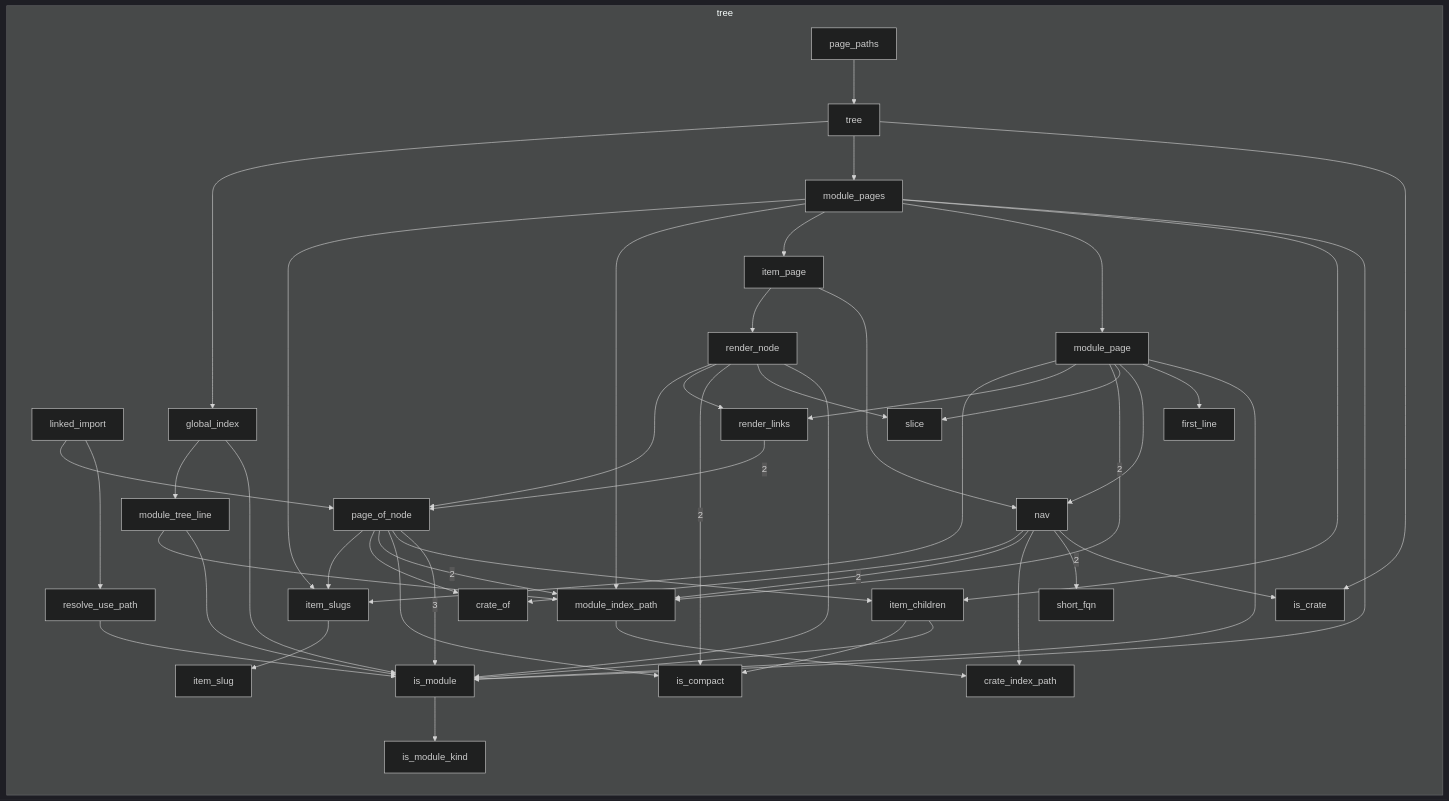
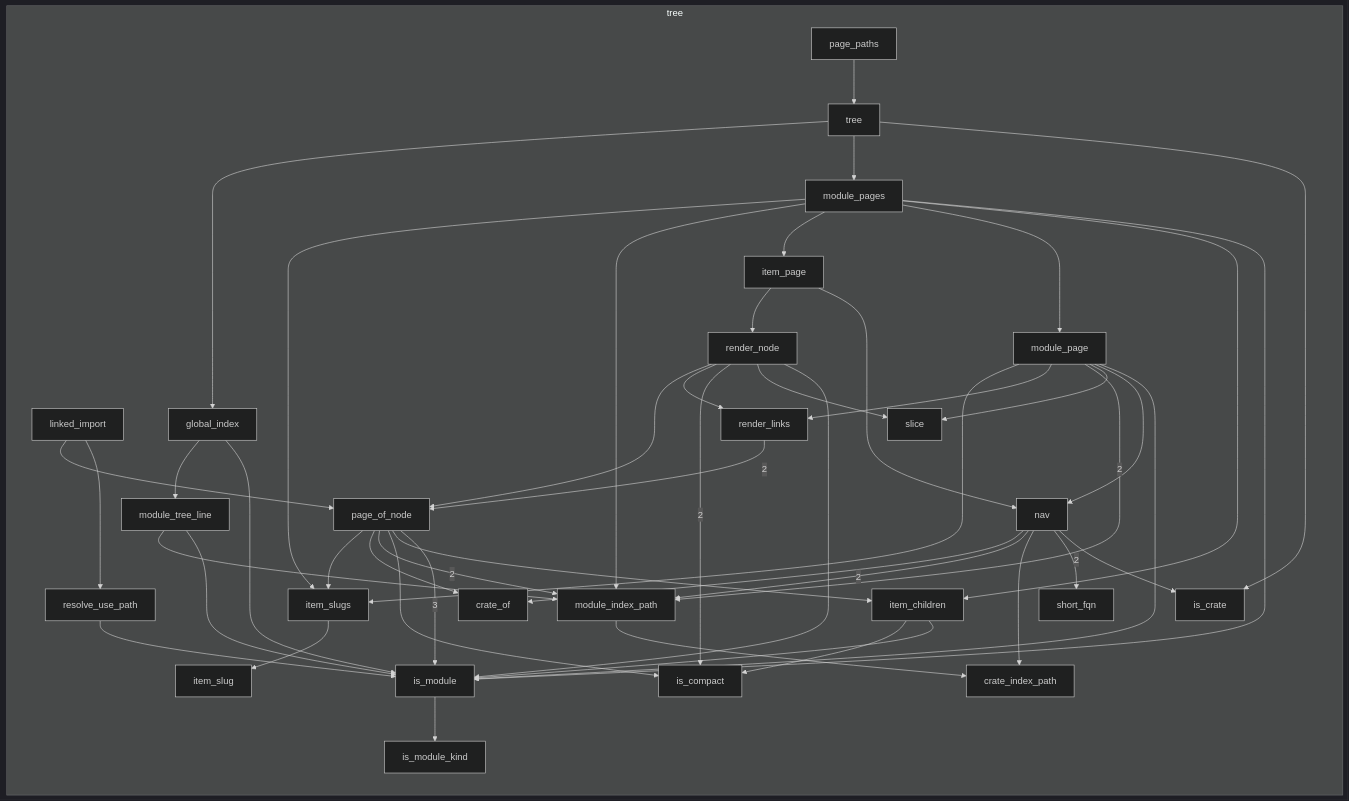
The third of 3 diagrams in docs/self-model/robby_render/tree/index.md (RyanGuild/self-describing-code), drawn with Mermaid (dark theme) before and after one commit. The commit also changed other lines of this file and 747 other files, not shown here.

````diff
--- a/docs/self-model/robby_render/tree/index.md
+++ b/docs/self-model/robby_render/tree/index.md
@@ -35,80 +35,78 @@
 ```mermaid
 flowchart TB
     subgraph n_d59428013b05fa6e["tree"]
         direction TB
         n_7f2a8756106a28dc["crate_index_path"]
         n_22c884af901eb923["crate_of"]
-        n_d7e28b7b7f1708a7["first_line"]
         n_a3553c31416c47fa["global_index"]
         n_6de8c81bdaacb2c4["is_compact"]
         n_fdfc429b571e713a["is_crate"]
         n_ebf19a6a762f1087["is_module"]
         n_41a4b741f0d97cfa["is_module_kind"]
         n_eaf247f5644149ed["item_children"]
         n_9bff590e84167ba9["item_page"]
         n_da411402b4350d4d["item_slug"]
         n_11a23e983625805a["item_slugs"]
         n_10b2e100bc5e0821["linked_import"]
         n_562f41d40a0543b1["module_index_path"]
         n_d84657d79773bf18["module_page"]
         n_f346ae5659ae42d1["module_pages"]
         n_c548f4f208a3b71a["module_tree_line"]
         n_a09f9f042f43ca1b["nav"]
         n_01ad3ceef0d0cb80["page_of_node"]
         n_129070ef9a7be2e6["page_paths"]
         n_28370880c5adadf4["render_links"]
         n_465de596eb56125b["render_node"]
         n_8e17337d9a194e54["resolve_use_path"]
         n_bc43405b8f831fa6["short_fqn"]
         n_9f77a6e59badeee8["slice"]
         n_a4770263504cd0ce["tree"]
     end
     n_01ad3ceef0d0cb80 --> n_11a23e983625805a
     n_01ad3ceef0d0cb80 --> n_22c884af901eb923
     n_01ad3ceef0d0cb80 -->|"2"| n_562f41d40a0543b1
     n_01ad3ceef0d0cb80 --> n_6de8c81bdaacb2c4
     n_01ad3ceef0d0cb80 --> n_eaf247f5644149ed
     n_01ad3ceef0d0cb80 -->|"3"| n_ebf19a6a762f1087
     n_10b2e100bc5e0821 --> n_01ad3ceef0d0cb80
     n_10b2e100bc5e0821 --> n_8e17337d9a194e54
     n_11a23e983625805a --> n_da411402b4350d4d
     n_129070ef9a7be2e6 --> n_a4770263504cd0ce
     n_28370880c5adadf4 -->|"2"| n_01ad3ceef0d0cb80
     n_465de596eb56125b --> n_01ad3ceef0d0cb80
     n_465de596eb56125b --> n_28370880c5adadf4
     n_465de596eb56125b -->|"2"| n_6de8c81bdaacb2c4
     n_465de596eb56125b --> n_9f77a6e59badeee8
     n_465de596eb56125b --> n_ebf19a6a762f1087
     n_562f41d40a0543b1 --> n_7f2a8756106a28dc
     n_8e17337d9a194e54 --> n_ebf19a6a762f1087
     n_9bff590e84167ba9 --> n_465de596eb56125b
     n_9bff590e84167ba9 --> n_a09f9f042f43ca1b
     n_a09f9f042f43ca1b --> n_22c884af901eb923
     n_a09f9f042f43ca1b -->|"2"| n_562f41d40a0543b1
     n_a09f9f042f43ca1b --> n_7f2a8756106a28dc
     n_a09f9f042f43ca1b -->|"2"| n_bc43405b8f831fa6
     n_a09f9f042f43ca1b --> n_fdfc429b571e713a
     n_a3553c31416c47fa --> n_c548f4f208a3b71a
     n_a3553c31416c47fa --> n_ebf19a6a762f1087
     n_a4770263504cd0ce --> n_a3553c31416c47fa
     n_a4770263504cd0ce --> n_f346ae5659ae42d1
     n_a4770263504cd0ce --> n_fdfc429b571e713a
     n_c548f4f208a3b71a --> n_562f41d40a0543b1
     n_c548f4f208a3b71a --> n_ebf19a6a762f1087
     n_d84657d79773bf18 --> n_11a23e983625805a
     n_d84657d79773bf18 --> n_28370880c5adadf4
     n_d84657d79773bf18 -->|"2"| n_562f41d40a0543b1
     n_d84657d79773bf18 --> n_9f77a6e59badeee8
     n_d84657d79773bf18 --> n_a09f9f042f43ca1b
-    n_d84657d79773bf18 --> n_d7e28b7b7f1708a7
     n_d84657d79773bf18 --> n_ebf19a6a762f1087
     n_eaf247f5644149ed --> n_6de8c81bdaacb2c4
     n_eaf247f5644149ed --> n_ebf19a6a762f1087
     n_ebf19a6a762f1087 --> n_41a4b741f0d97cfa
     n_f346ae5659ae42d1 --> n_11a23e983625805a
     n_f346ae5659ae42d1 --> n_562f41d40a0543b1
     n_f346ae5659ae42d1 --> n_9bff590e84167ba9
     n_f346ae5659ae42d1 --> n_d84657d79773bf18
     n_f346ae5659ae42d1 --> n_eaf247f5644149ed
     n_f346ae5659ae42d1 --> n_ebf19a6a762f1087
 ```
````
